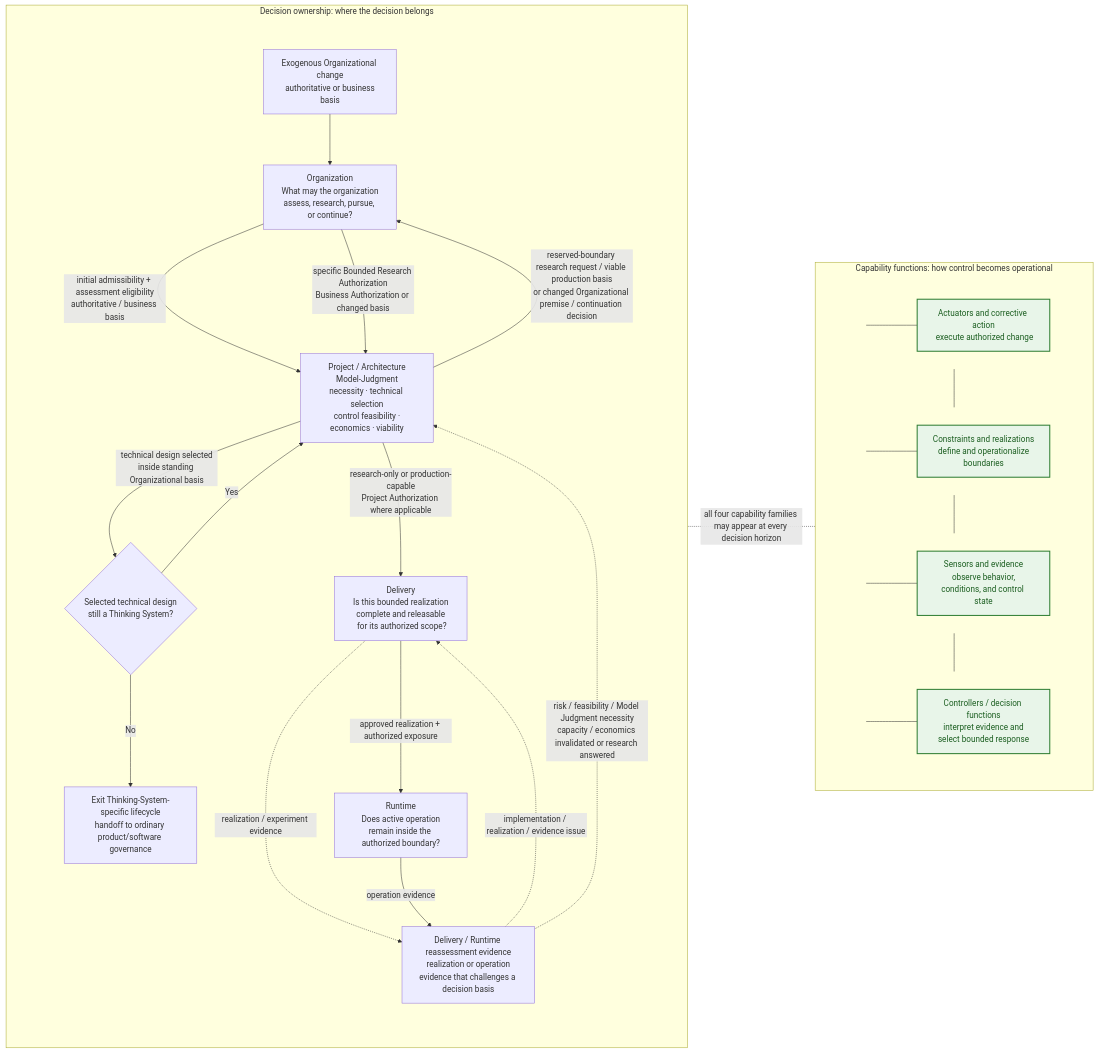
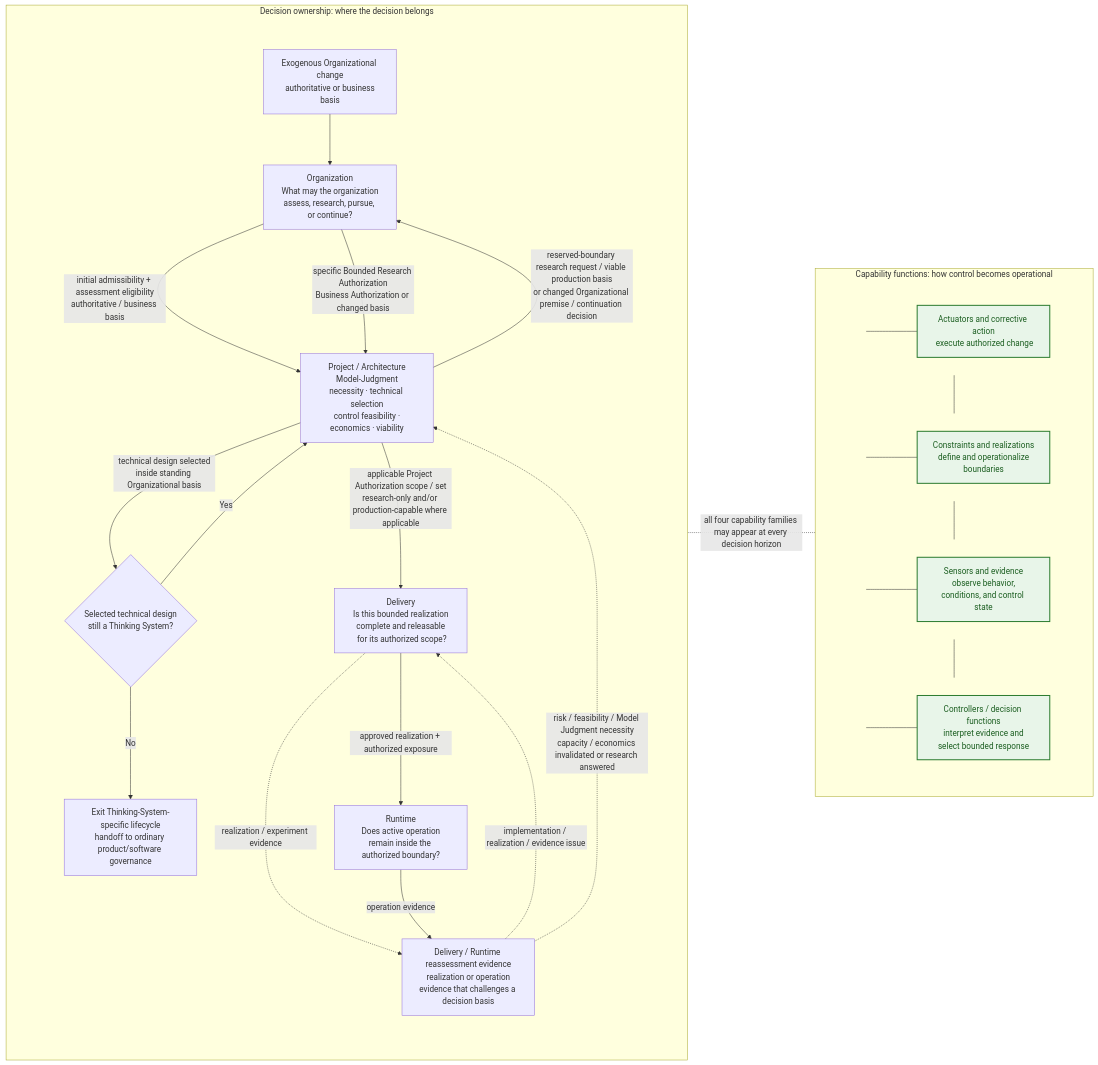
The ninth of 15 diagrams in content/research/notes/open-engineering-specification-article-draft.md (UncertaintyArchitectureGroup/uncertainty-architecture), drawn with Mermaid before and after one commit. The commit also changed other lines of this file and 1 other file, not shown here.

Commit message:
Align anchor figures with scoped authorization sets

````diff
--- a/content/research/notes/open-engineering-specification-article-draft.md
+++ b/content/research/notes/open-engineering-specification-article-draft.md
@@ -511,66 +511,66 @@
 ```mermaid
 flowchart LR
     subgraph L["Decision ownership: where the decision belongs"]
         direction TB
         subgraph SPINE9[" "]
             direction TB
             O["Organization<br/> What may the organization assess, research, pursue, or continue?"]
             P["Project / Architecture<br/> Model-Judgment necessity · technical selection<br/> control feasibility · economics · viability"]
             CAT{"Selected technical design<br/> still a Thinking System?"}
             EXIT["Exit Thinking-System-specific lifecycle<br/>handoff to ordinary product/software governance"]
             D["Delivery<br/> Is this bounded realization complete and releasable<br/> for its authorized scope?"]
             R["Runtime<br/> Does active operation remain inside the authorized boundary?"]
             E["Delivery / Runtime reassessment evidence<br/> realization or operation evidence that challenges a decision basis"]
             X["Exogenous Organizational change<br/> authoritative or business basis"]
 
             O -->|initial admissibility + assessment eligibility<br/>authoritative / business basis| P
             P -->|technical design selected<br/>inside standing Organizational basis| CAT
             CAT -->|No| EXIT
             CAT -->|Yes| P
             P -->|reserved-boundary research request / viable production basis<br/>or changed Organizational premise / continuation decision| O
             O -->|specific Bounded Research Authorization<br/>Business Authorization or changed basis| P
-            P -->|research-only or production-capable<br/>Project Authorization where applicable| D
+            P -->|applicable Project Authorization scope / set<br/>research-only and/or production-capable where applicable| D
             D -->|approved realization + authorized exposure| R
             D -.->|realization / experiment evidence| E
             R -->|operation evidence| E
             X --> O
         end
 
         E -.->|implementation / realization / evidence issue| D
         E -.->|risk / feasibility / Model Judgment necessity<br/>capacity / economics invalidated or research answered| P
         style SPINE9 fill:none,stroke:none
     end
 
     subgraph F["Capability functions: how control becomes operational"]
         direction TB
         subgraph F1[" "]
             direction LR
             J1(( )) --- A["Actuators and corrective action<br/> execute authorized change"]
         end
         subgraph F2[" "]
             direction LR
             J2(( )) --- K["Constraints and realizations<br/> define and operationalize boundaries"]
         end
         subgraph F3[" "]
             direction LR
             J3(( )) --- S["Sensors and evidence<br/> observe behavior, conditions, and control state"]
         end
         subgraph F4[" "]
             direction LR
             J4(( )) --- C["Controllers / decision functions<br/> interpret evidence and select bounded response"]
         end
         J1 --- J2
         J2 --- J3
         J3 --- J4
         style F1 fill:none,stroke:none
         style F2 fill:none,stroke:none
         style F3 fill:none,stroke:none
         style F4 fill:none,stroke:none
     end
 
     L -. "all four capability families may appear at every decision horizon" .- F
     classDef capability fill:#e8f5e9,stroke:#2e7d32,stroke-width:2px,color:#1b5e20;
     classDef railpoint fill:transparent,stroke:transparent,color:transparent;
     class A,K,S,C capability;
     class J1,J2,J3,J4 railpoint;
 ```
````
